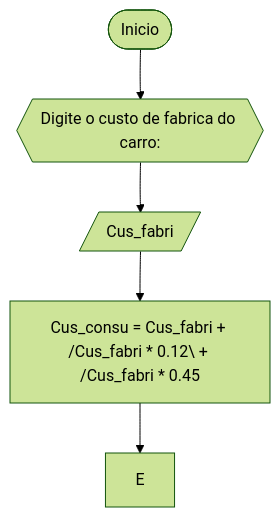
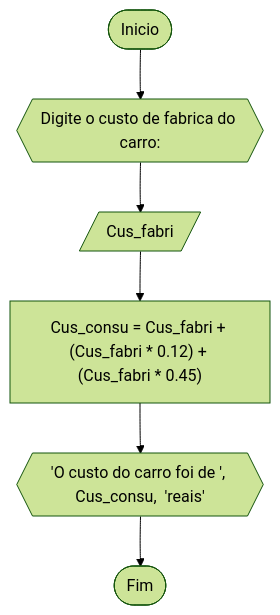
One commit to samuca2k18/unifor changed the fourth of 9 diagrams in RLA/LISTA2_DE_EXERCICIO.md. Above: the diagram before and after it, drawn with Mermaid (forest theme). The commit also changed other lines of this file, not shown here.

````diff
--- a/RLA/LISTA2_DE_EXERCICIO.md
+++ b/RLA/LISTA2_DE_EXERCICIO.md
@@ -71,8 +72,9 @@
 ```mermaid
 flowchart TD
 A([Inicio]) --> B{{Digite o custo de fabrica do carro:}}
 B --> C[/Cus_fabri/]
-C --> D[Cus_consu = Cus_fabri + /Cus_fabri * 0.12\ + /Cus_fabri * 0.45]
-D --> E
+C --> D["Cus_consu = Cus_fabri + (Cus_fabri * 0.12) + (Cus_fabri * 0.45)"]
+D --> E{{'O custo do carro foi de ', Cus_consu,  'reais'}}
+E --> F([Fim])
 
 ```
````
